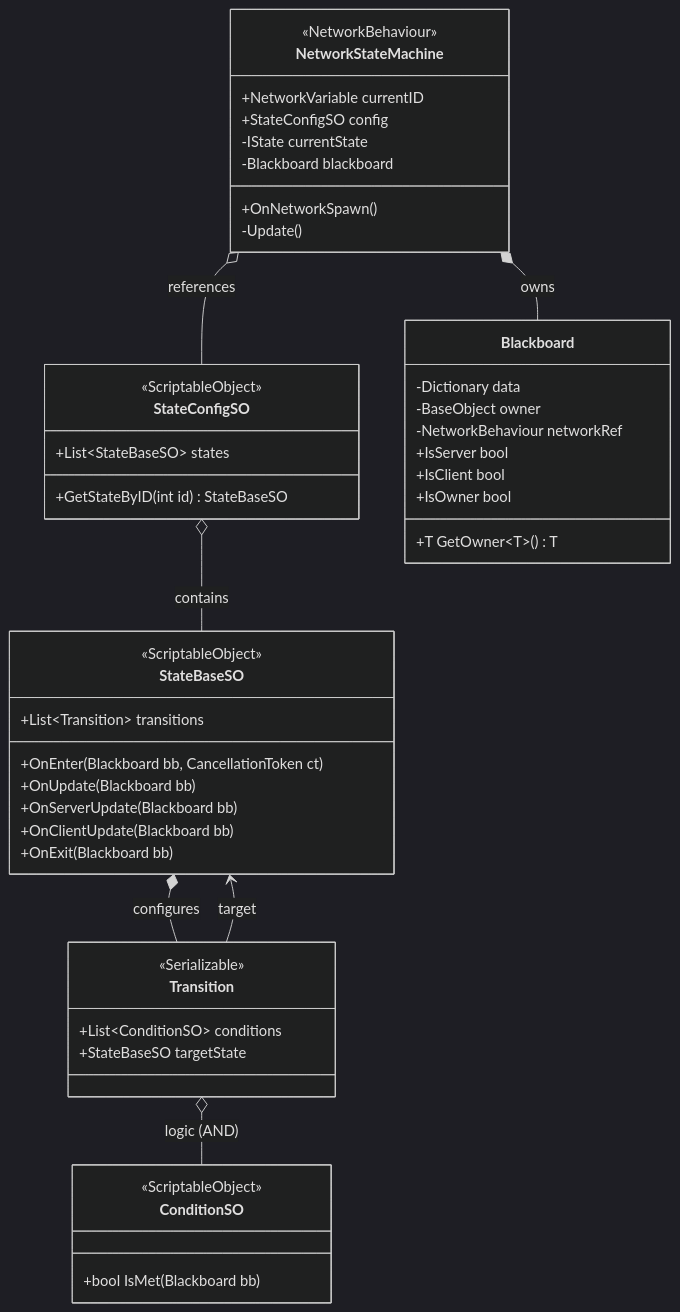
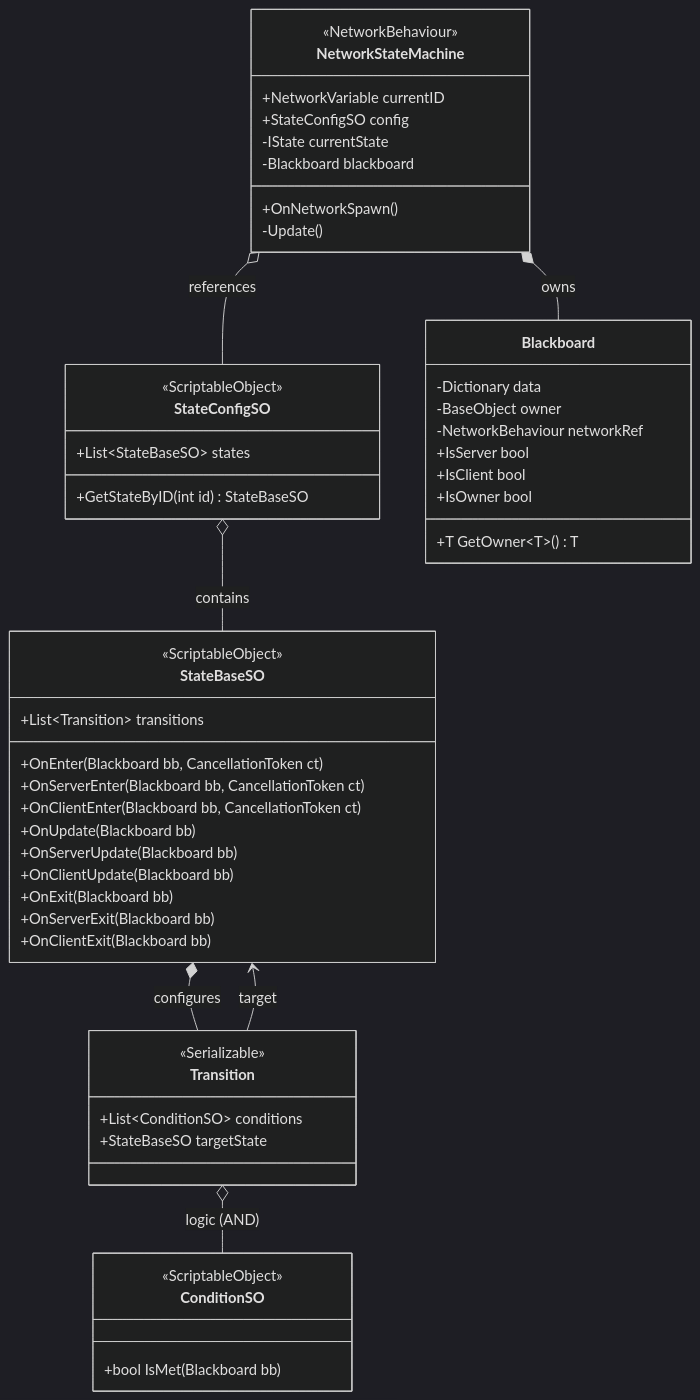
Before and after one commit to eraflo/FallGuys: the second of 3 diagrams in Assets/Docs/state_machine_guide.md, drawn with Mermaid (dark theme). The commit also changed other lines of this file and 66 other files, not shown here.

````diff
--- a/Assets/Docs/state_machine_guide.md
+++ b/Assets/Docs/state_machine_guide.md
@@ -30,56 +30,60 @@
 ```mermaid
 classDiagram
     class NetworkStateMachine {
         <<NetworkBehaviour>>
         +NetworkVariable currentID
         +StateConfigSO config
         -IState currentState
         -Blackboard blackboard
         +OnNetworkSpawn()
         -Update()
     }
 
     class StateConfigSO {
         <<ScriptableObject>>
         +List~StateBaseSO~ states
         +GetStateByID(int id) StateBaseSO
     }
 
     class StateBaseSO {
         <<ScriptableObject>>
         +List~Transition~ transitions
         +OnEnter(Blackboard bb, CancellationToken ct)
+        +OnServerEnter(Blackboard bb, CancellationToken ct)
+        +OnClientEnter(Blackboard bb, CancellationToken ct)
         +OnUpdate(Blackboard bb)
         +OnServerUpdate(Blackboard bb)
         +OnClientUpdate(Blackboard bb)
         +OnExit(Blackboard bb)
+        +OnServerExit(Blackboard bb)
+        +OnClientExit(Blackboard bb)
     }
 
     class ConditionSO {
         <<ScriptableObject>>
         +bool IsMet(Blackboard bb)
     }
 
     class Transition {
         <<Serializable>>
         +List~ConditionSO~ conditions
         +StateBaseSO targetState
     }
 
     class Blackboard {
         -Dictionary data
         -BaseObject owner
         -NetworkBehaviour networkRef
         +IsServer bool
         +IsClient bool
         +IsOwner bool
         +T GetOwner~T~() T
     }
 
     NetworkStateMachine *-- Blackboard : owns
     NetworkStateMachine o-- StateConfigSO : references
     StateConfigSO o-- StateBaseSO : contains
     StateBaseSO *-- Transition : configures
     Transition o-- ConditionSO : logic (AND)
     Transition --> StateBaseSO : target
 ```
````
